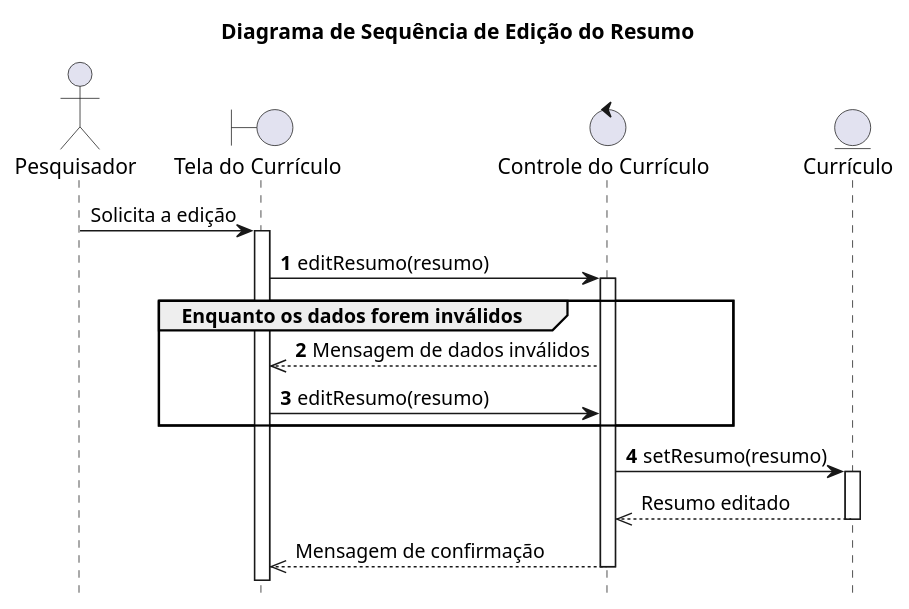
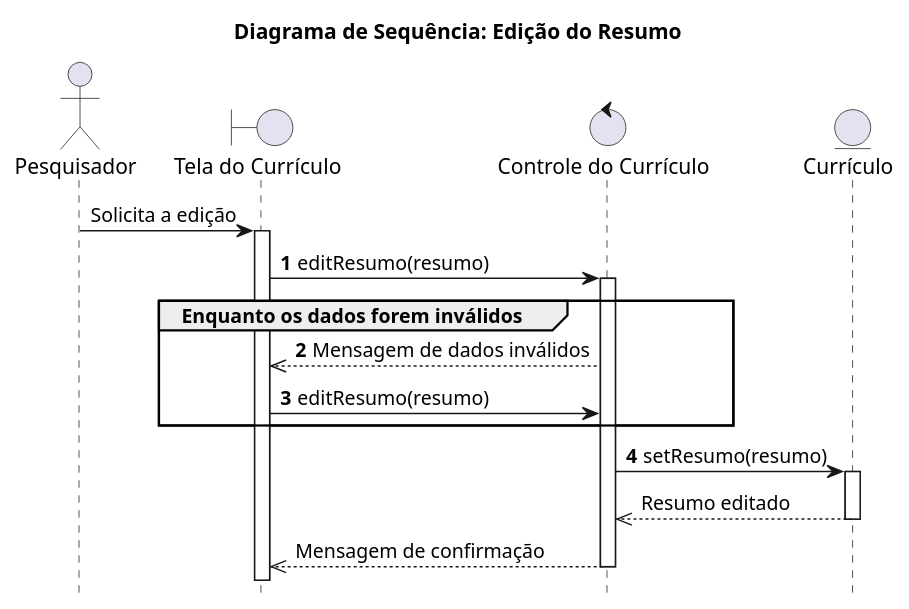
One commit to WellingtonFelipeLS/Lattes-Simplificado changed the diagram in Diagramas/Curriculo/diaSeqEditarResumo.wsd. Above: the diagram before and after it, drawn with PlantUML. The commit also changed 22 other files, not shown here.

Commit message:
Atualização dos diagrams

```diff
--- a/Diagramas/Curriculo/diaSeqEditarResumo.wsd
+++ b/Diagramas/Curriculo/diaSeqEditarResumo.wsd
@@ -1,26 +1,26 @@
 @startuml diaSeqEditarResumo
-title "Diagrama de Sequência de Edição do Resumo"
+title "Diagrama de Sequência: Edição do Resumo"
 hide footbox
 
 actor Pesquisador as user
 boundary "Tela do Currículo" as uiRE 
 control "Controle do Currículo" as contRE 
 entity "Currículo" as res
 
 user -> uiRE ++: Solicita a edição
 
 autonumber
 uiRE -> contRE ++: editResumo(resumo)
 
 group Enquanto os dados forem inválidos
 contRE -->> uiRE: Mensagem de dados inválidos
 uiRE -> contRE: editResumo(resumo)
 end
 
 contRE -> res ++: setResumo(resumo)
 
 autonumber stop
 res -->> contRE --: Resumo editado
 contRE -->> uiRE --: Mensagem de confirmação
 
 @enduml
```
